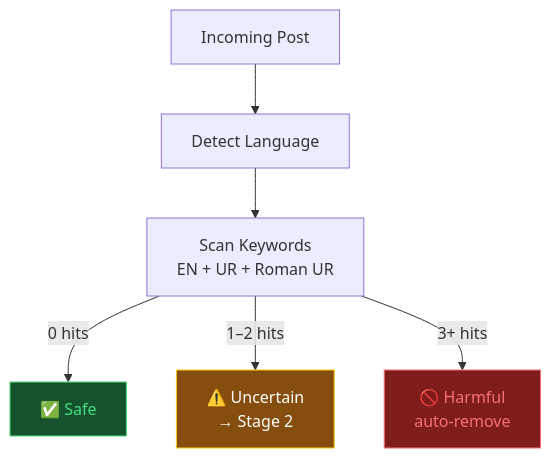
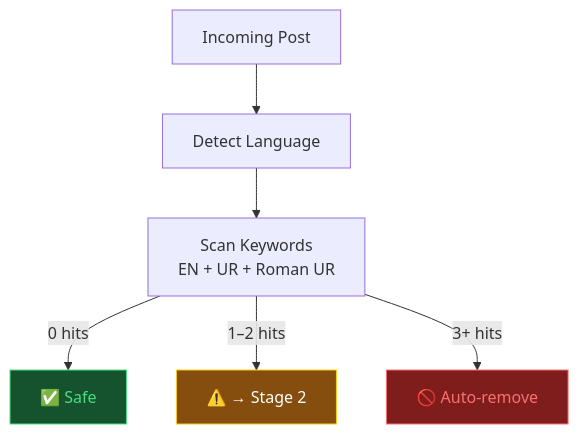
The second of 12 diagrams in presentation.qmd (zainulhassan815/nextjs-fastapi-starter), drawn with Mermaid before and after one commit. The commit also changed other lines of this file and 3 other files, not shown here.

````diff
--- a/presentation.qmd
+++ b/presentation.qmd
@@ -99,13 +97,14 @@
 ```{mermaid}
-%%| fig-width: 6
+%%| fig-width: 5
+%%| fig-height: 3.5
 flowchart TD
     A["Incoming Post"] --> B["Detect Language"]
     B --> C["Scan Keywords\nEN + UR + Roman UR"]
     C -->|"0 hits"| D["✅ Safe"]
-    C -->|"1–2 hits"| E["⚠️ Uncertain\n→ Stage 2"]
-    C -->|"3+ hits"| F["🚫 Harmful\nauto-remove"]
+    C -->|"1–2 hits"| E["⚠️ → Stage 2"]
+    C -->|"3+ hits"| F["🚫 Auto-remove"]
 
     style D fill:#14532d,stroke:#4ade80,color:#4ade80
     style E fill:#854d0e,stroke:#facc15,color:#fff
     style F fill:#7f1d1d,stroke:#f87171,color:#f87171
 ```
````
